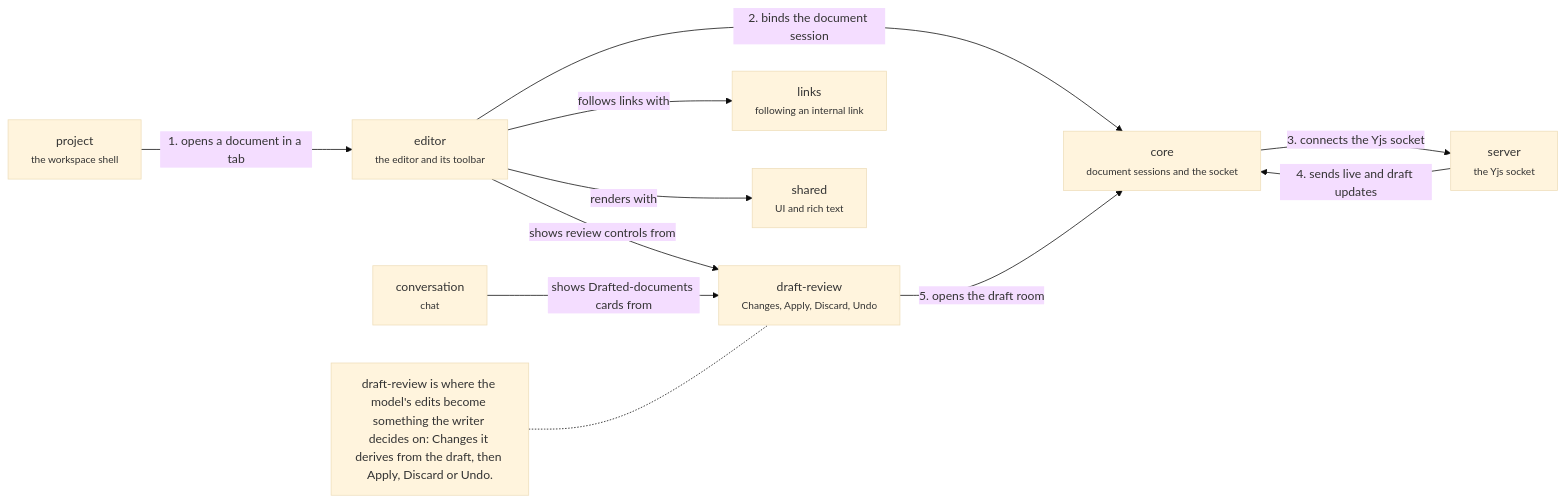
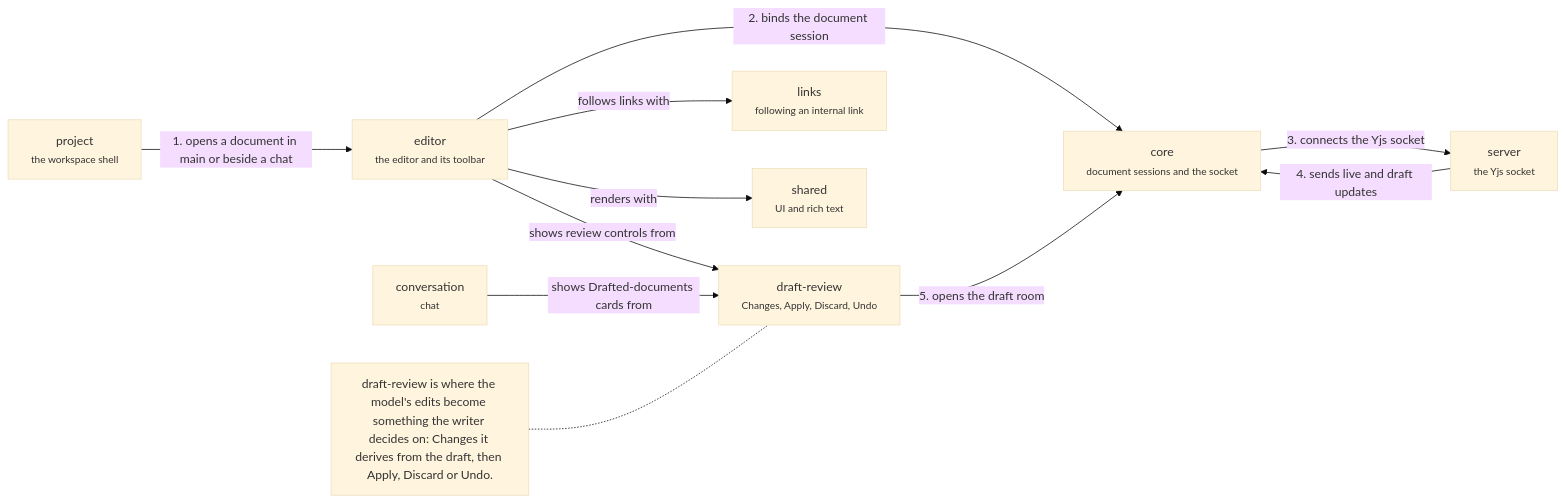
The diagram in .context/system-architecture/app-documents.md (haowjy/meridian-flow), drawn with Mermaid (base theme) before and after one commit. The commit also changed other lines of this file and 8 other files, not shown here.

````diff
--- a/.context/system-architecture/app-documents.md
+++ b/.context/system-architecture/app-documents.md
@@ -5,22 +5,22 @@
 ```mermaid
 flowchart LR
   editor["editor<br/><small>the editor and its toolbar</small>"]:::feature
   draft-review["draft-review<br/><small>Changes, Apply, Discard, Undo</small>"]:::feature
   links["links<br/><small>following an internal link</small>"]:::feature
   project["project<br/><small>the workspace shell</small>"]:::context
   core["core<br/><small>document sessions and the socket</small>"]:::context
   shared["shared<br/><small>UI and rich text</small>"]:::context
   conversation["conversation<br/><small>chat</small>"]:::context
   server["server<br/><small>the Yjs socket</small>"]:::context
-  project -->|"1. opens a document in a tab"| editor
+  project -->|"1. opens a document in main or beside a chat"| editor
   editor -->|"2. binds the document session"| core
   core -->|"3. connects the Yjs socket"| server
   server -->|"4. sends live and draft updates"| core
   draft-review -->|"5. opens the draft room"| core
   editor -->|"shows review controls from"| draft-review
   editor -->|"follows links with"| links
   conversation -->|"shows Drafted-documents cards from"| draft-review
   editor -->|"renders with"| shared
   note1["draft-review is where the model's edits become something the writer decides on: Changes it derives from the draft, then Apply, Discard or Undo."]:::note
   note1 -.- draft-review
 ```
````
